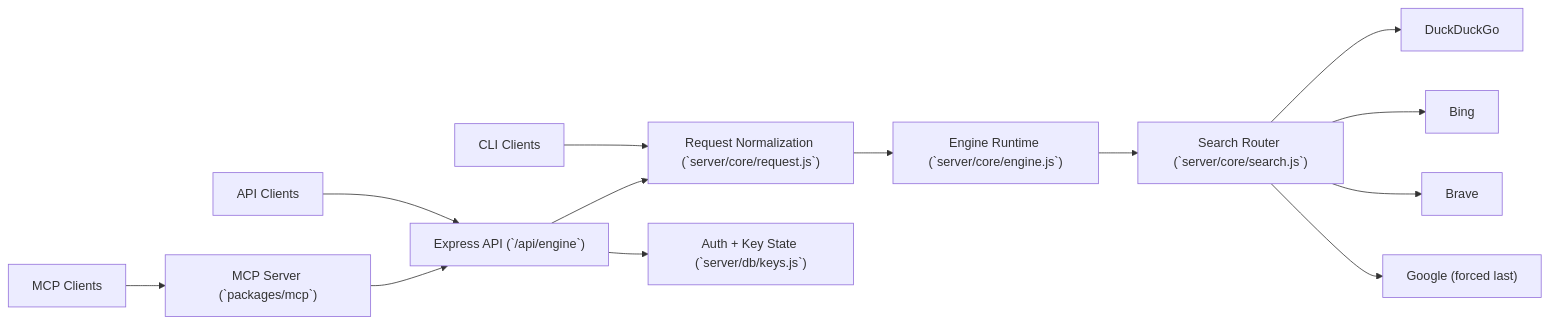
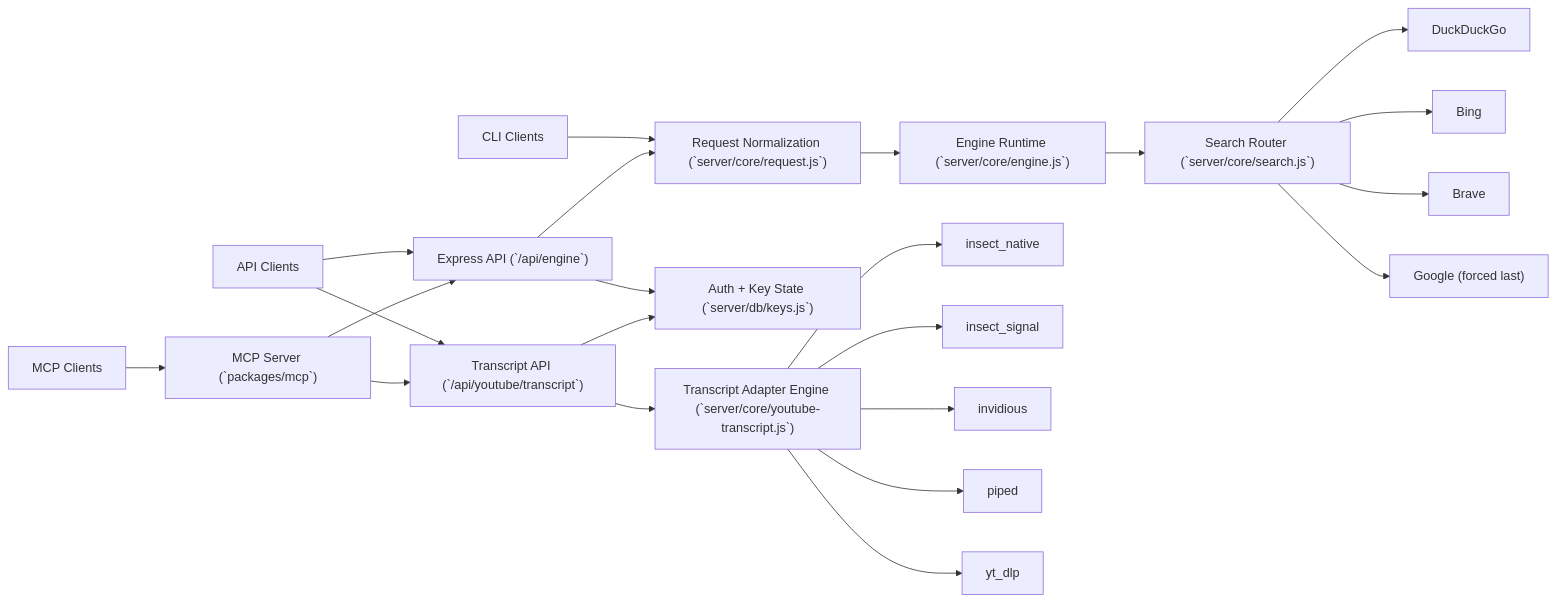
Before and after one commit to savageops/insect-js: the diagram in README.md, drawn with Mermaid. The commit also changed other lines of this file and 16 other files, not shown here.

````diff
--- a/README.md
+++ b/README.md
@@ -38,15 +40,24 @@
 ```mermaid
 flowchart LR
     A["CLI Clients"] --> D["Request Normalization (`server/core/request.js`)"]
     B["API Clients"] --> C["Express API (`/api/engine`)"]
+    B --> T["Transcript API (`/api/youtube/transcript`)"]
     G["MCP Clients"] --> H["MCP Server (`packages/mcp`)"]
     H --> C
+    H --> T
     C --> E["Auth + Key State (`server/db/keys.js`)"]
+    T --> E
     C --> D
+    T --> Y["Transcript Adapter Engine (`server/core/youtube-transcript.js`)"]
     D --> F["Engine Runtime (`server/core/engine.js`)"]
     F --> S["Search Router (`server/core/search.js`)"]
     S --> S1["DuckDuckGo"]
     S --> S2["Bing"]
     S --> S3["Brave"]
     S --> S4["Google (forced last)"]
+    Y --> Y1["insect_native"]
+    Y --> Y2["insect_signal"]
+    Y --> Y3["invidious"]
+    Y --> Y4["piped"]
+    Y --> Y5["yt_dlp"]
 ```
````
